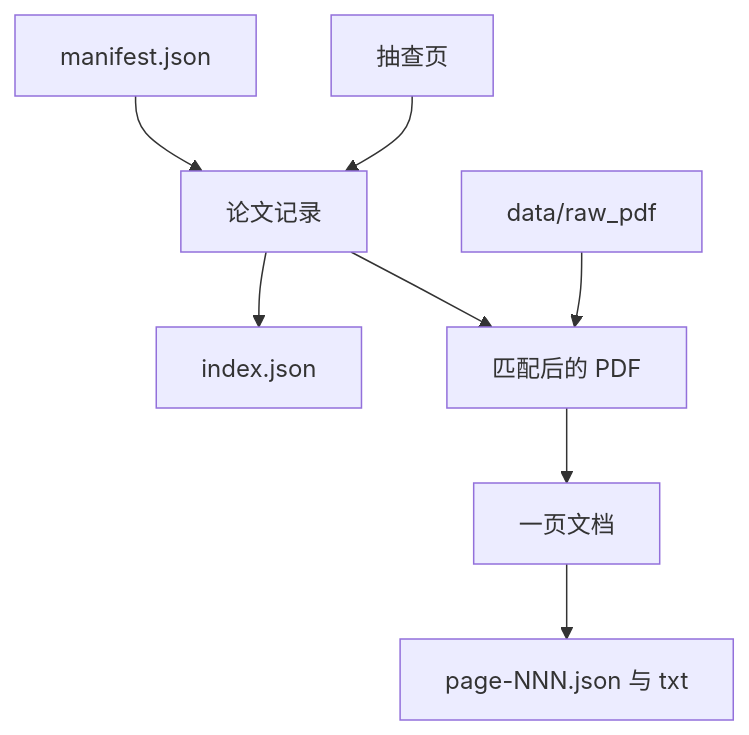
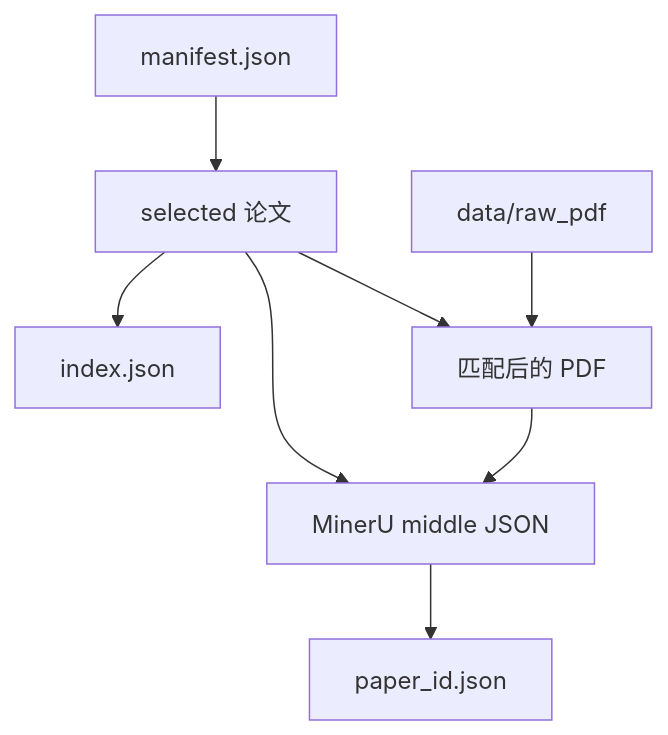
One commit to Liang-Jiaxuan/paper-trail changed the second of 2 diagrams in docs/PARSING.md. Above: the diagram before and after it, drawn with Mermaid. The commit also changed other lines of this file and 12 other files, not shown here.

Commit message:
refactor: export mineru middle json per paper and drop pymupdf path

````diff
--- a/docs/PARSING.md
+++ b/docs/PARSING.md
@@ -47,10 +36,10 @@
 ```mermaid
 flowchart TB
-  manifest["manifest.json"] --> papers["论文记录"]
-  spot["抽查页"] --> papers
+  manifest["manifest.json"] --> papers["selected 论文"]
   papers --> index["index.json"]
   raw["data/raw_pdf"] --> pdf["匹配后的 PDF"]
   papers --> pdf
-  pdf --> doc["一页文档"]
-  doc --> pages["page-NNN.json 与 txt"]
+  pdf --> middle["MinerU middle JSON"]
+  papers --> middle
+  middle --> file["paper_id.json"]
 ```
````
